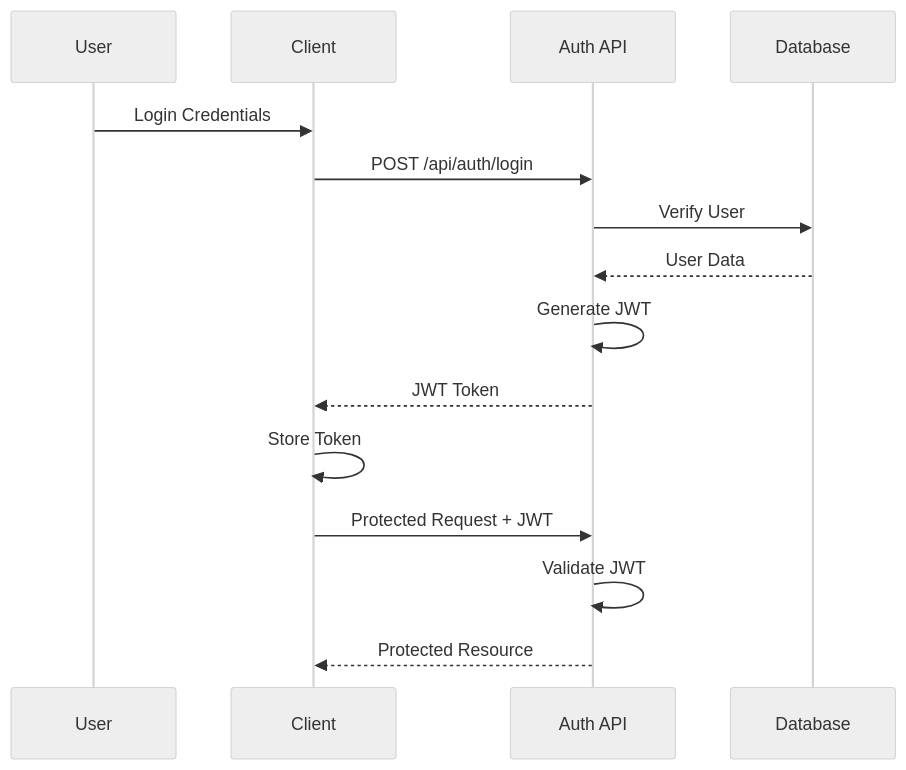
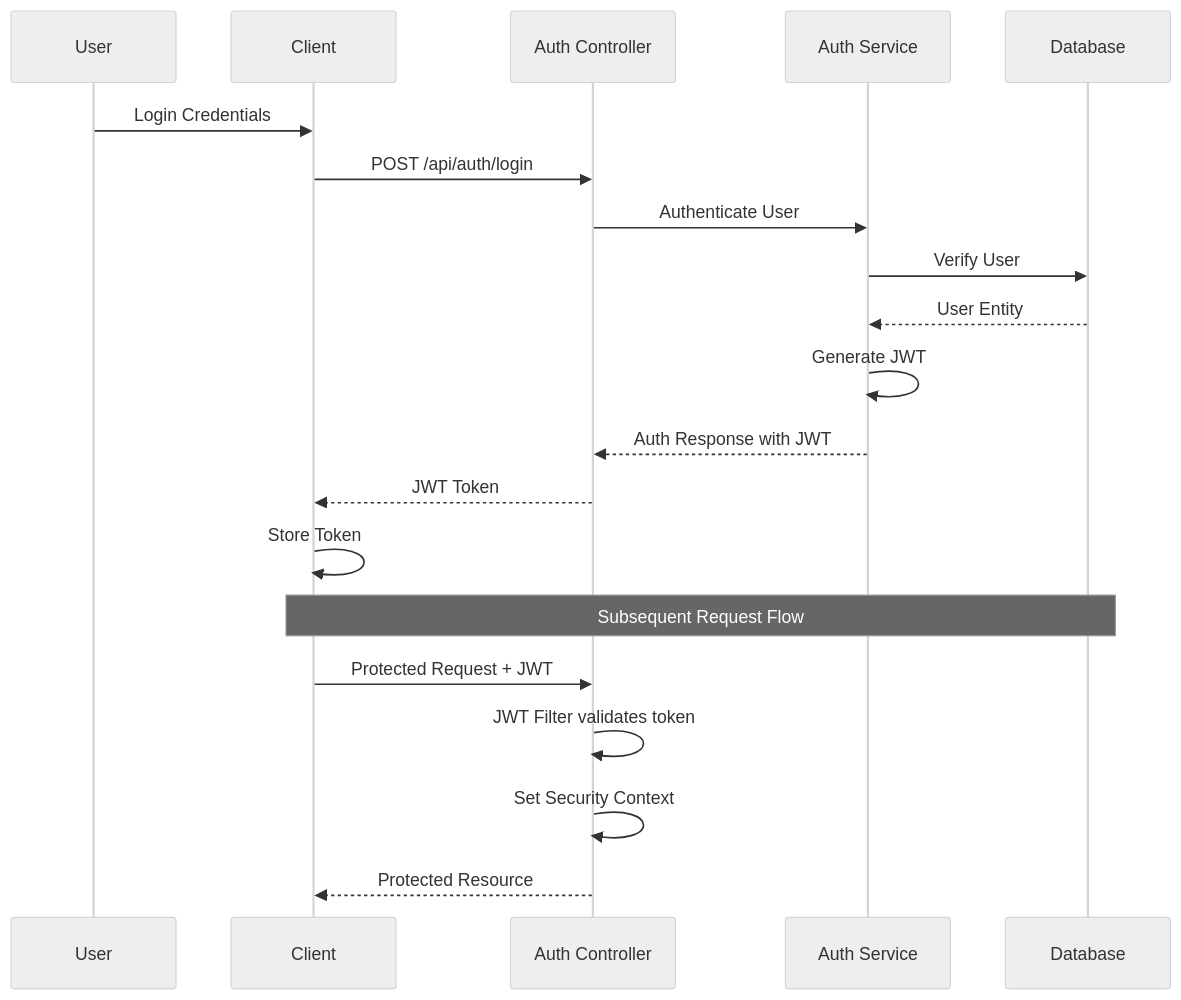
The seventh of 7 diagrams in system-diagrams.md (Ericfeng84/TaskManagment), drawn with Mermaid (neutral theme) before and after one commit. The commit also changed other lines of this file and 68 other files, not shown here.

````diff
--- a/system-diagrams.md
+++ b/system-diagrams.md
@@ -183,18 +188,24 @@
 ```mermaid
 sequenceDiagram
     participant U as User
     participant C as Client
-    participant A as Auth API
+    participant A as Auth Controller
+    participant S as Auth Service
     participant DB as Database
     
     U->>C: Login Credentials
     C->>A: POST /api/auth/login
-    A->>DB: Verify User
-    DB-->>A: User Data
-    A->>A: Generate JWT
+    A->>S: Authenticate User
+    S->>DB: Verify User
+    DB-->>S: User Entity
+    S->>S: Generate JWT
+    S-->>A: Auth Response with JWT
     A-->>C: JWT Token
     C->>C: Store Token
+    
+    Note over C,DB: Subsequent Request Flow
     C->>A: Protected Request + JWT
-    A->>A: Validate JWT
+    A->>A: JWT Filter validates token
+    A->>A: Set Security Context
     A-->>C: Protected Resource
 ```
````
